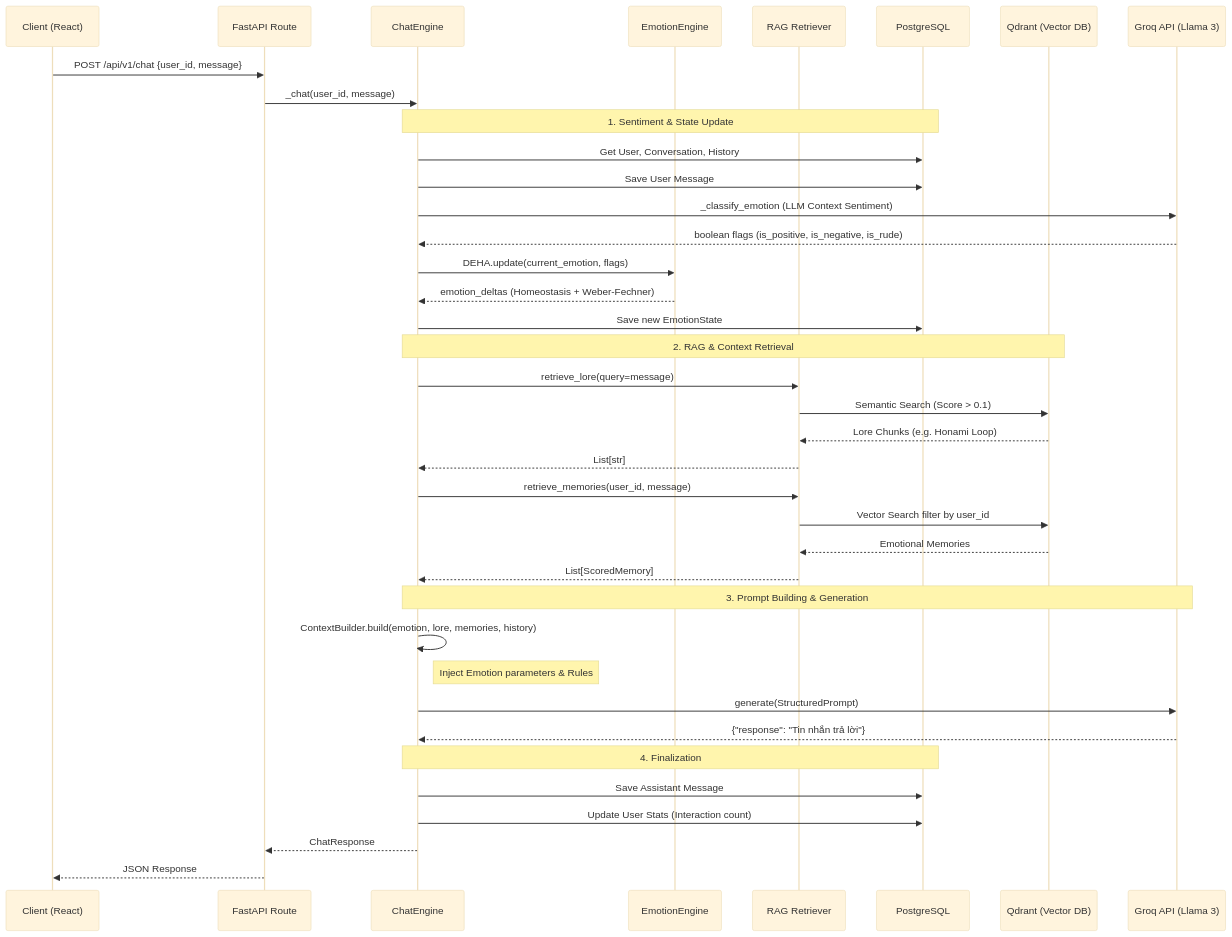
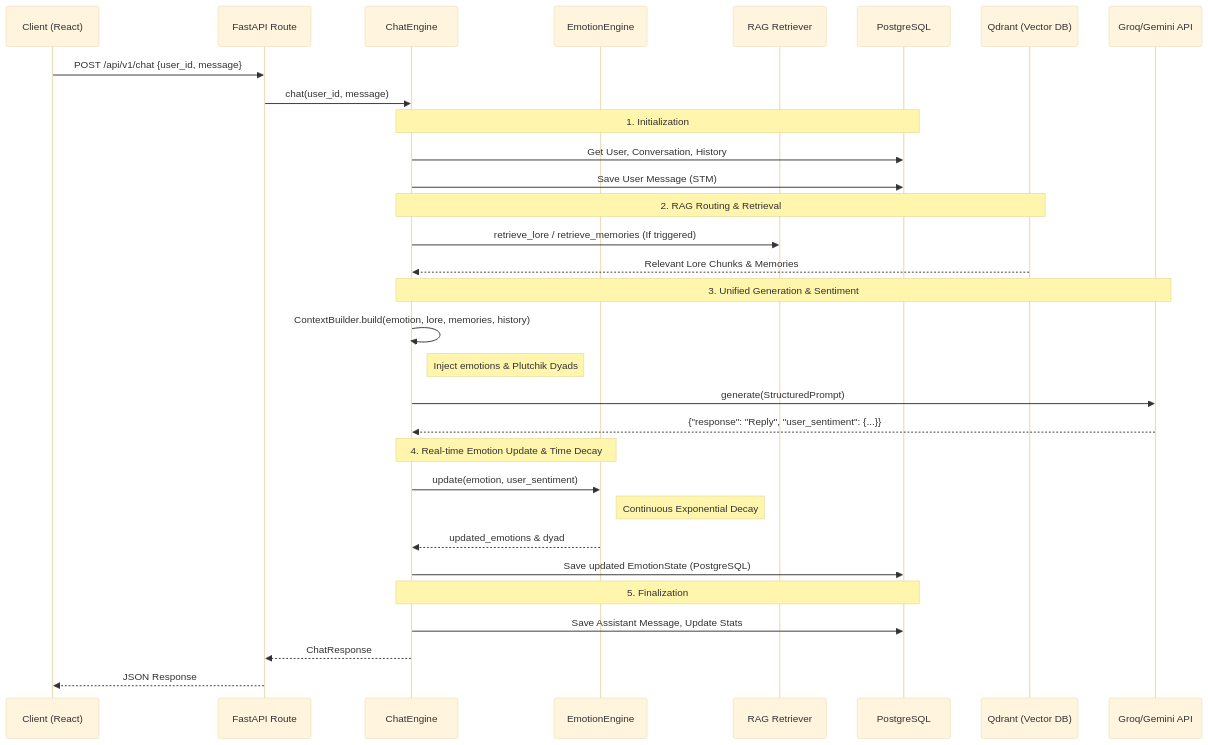
One commit to HoanBuCon/Kuchiba-Chisa changed the diagram in WALKTHROUGH.md. Above: the diagram before and after it, drawn with Mermaid (base theme). The commit also changed other lines of this file and 9 other files, not shown here.

````diff
--- a/WALKTHROUGH.md
+++ b/WALKTHROUGH.md
@@ -56,47 +72,40 @@
 ```mermaid
 sequenceDiagram
     participant C as Client (React)
     participant API as FastAPI Route
     participant CE as ChatEngine
     participant EE as EmotionEngine
     participant RAG as RAG Retriever
     participant DB as PostgreSQL
     participant QD as Qdrant (Vector DB)
-    participant LLM as Groq API (Llama 3)
+    participant LLM as Groq/Gemini API
     
     C->>API: POST /api/v1/chat {user_id, message}
-    API->>CE: _chat(user_id, message)
+    API->>CE: chat(user_id, message)
     
-    Note over CE,DB: 1. Sentiment & State Update
+    Note over CE,DB: 1. Initialization
     CE->>DB: Get User, Conversation, History
-    CE->>DB: Save User Message
-    CE->>LLM: _classify_emotion (LLM Context Sentiment)
-    LLM-->>CE: boolean flags (is_positive, is_negative, is_rude)
-    CE->>EE: DEHA.update(current_emotion, flags)
-    EE-->>CE: emotion_deltas (Homeostasis + Weber-Fechner)
-    CE->>DB: Save new EmotionState
+    CE->>DB: Save User Message (STM)
     
-    Note over CE,QD: 2. RAG & Context Retrieval
-    CE->>RAG: retrieve_lore(query=message)
-    RAG->>QD: Semantic Search (Score > 0.1)
-    QD-->>RAG: Lore Chunks (e.g. Honami Loop)
-    RAG-->>CE: List[str]
+    Note over CE,QD: 2. RAG Routing & Retrieval
+    CE->>RAG: retrieve_lore / retrieve_memories (If triggered)
+    QD-->>CE: Relevant Lore Chunks & Memories
     
-    CE->>RAG: retrieve_memories(user_id, message)
-    RAG->>QD: Vector Search filter by user_id
-    QD-->>RAG: Emotional Memories
-    RAG-->>CE: List[ScoredMemory]
+    Note over CE,LLM: 3. Unified Generation & Sentiment
+    CE->>CE: ContextBuilder.build(emotion, lore, memories, history)
+    Note right of CE: Inject emotions & Plutchik Dyads
+    CE->>LLM: generate(StructuredPrompt)
+    LLM-->>CE: {"response": "Reply", "user_sentiment": {...}}
     
-    Note over CE,LLM: 3. Prompt Building & Generation
-    CE->>CE: ContextBuilder.build(emotion, lore, memories, history)
-    Note right of CE: Inject Emotion parameters & Rules
-    CE->>LLM: generate(StructuredPrompt)
-    LLM-->>CE: {"response": "Tin nhắn trả lời"}
+    Note over CE,EE: 4. Real-time Emotion Update & Time Decay
+    CE->>EE: update(emotion, user_sentiment)
+    Note right of EE: Continuous Exponential Decay
+    EE-->>CE: updated_emotions & dyad
+    CE->>DB: Save updated EmotionState (PostgreSQL)
     
-    Note over CE,DB: 4. Finalization
-    CE->>DB: Save Assistant Message
-    CE->>DB: Update User Stats (Interaction count)
+    Note over CE,DB: 5. Finalization
+    CE->>DB: Save Assistant Message, Update Stats
     
     CE-->>API: ChatResponse
     API-->>C: JSON Response
 ```
````
